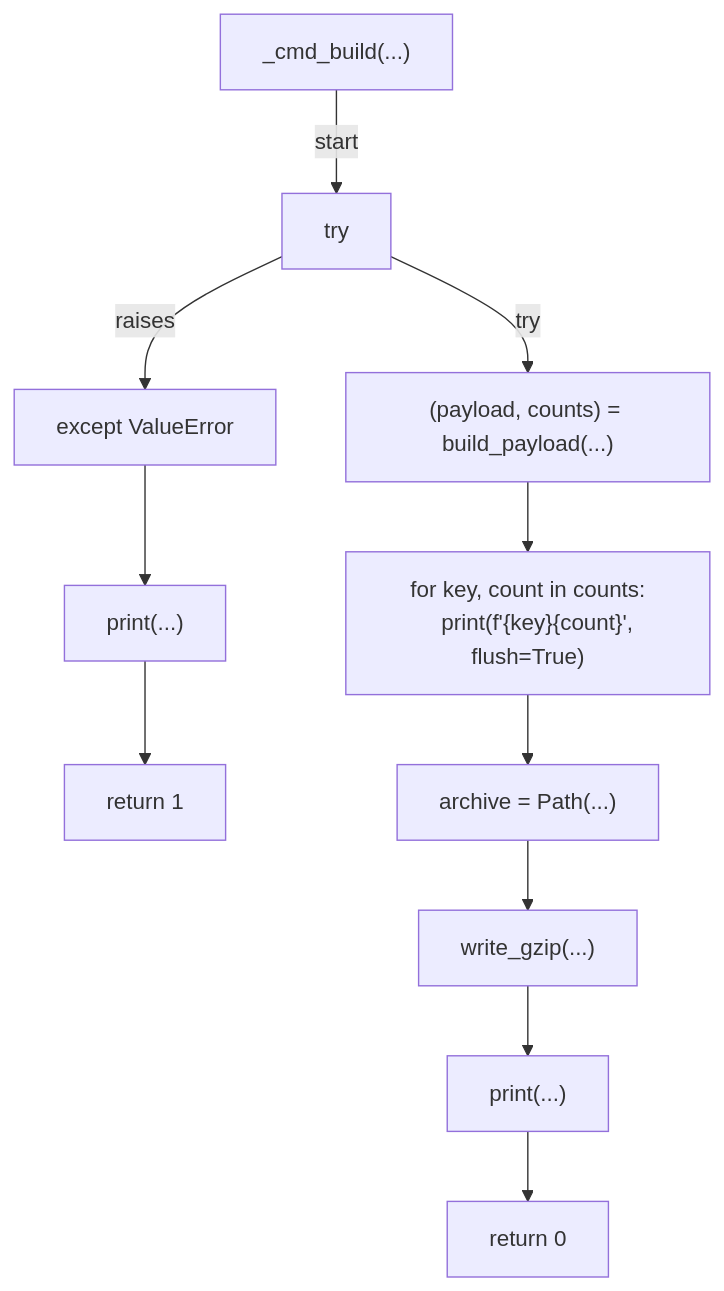
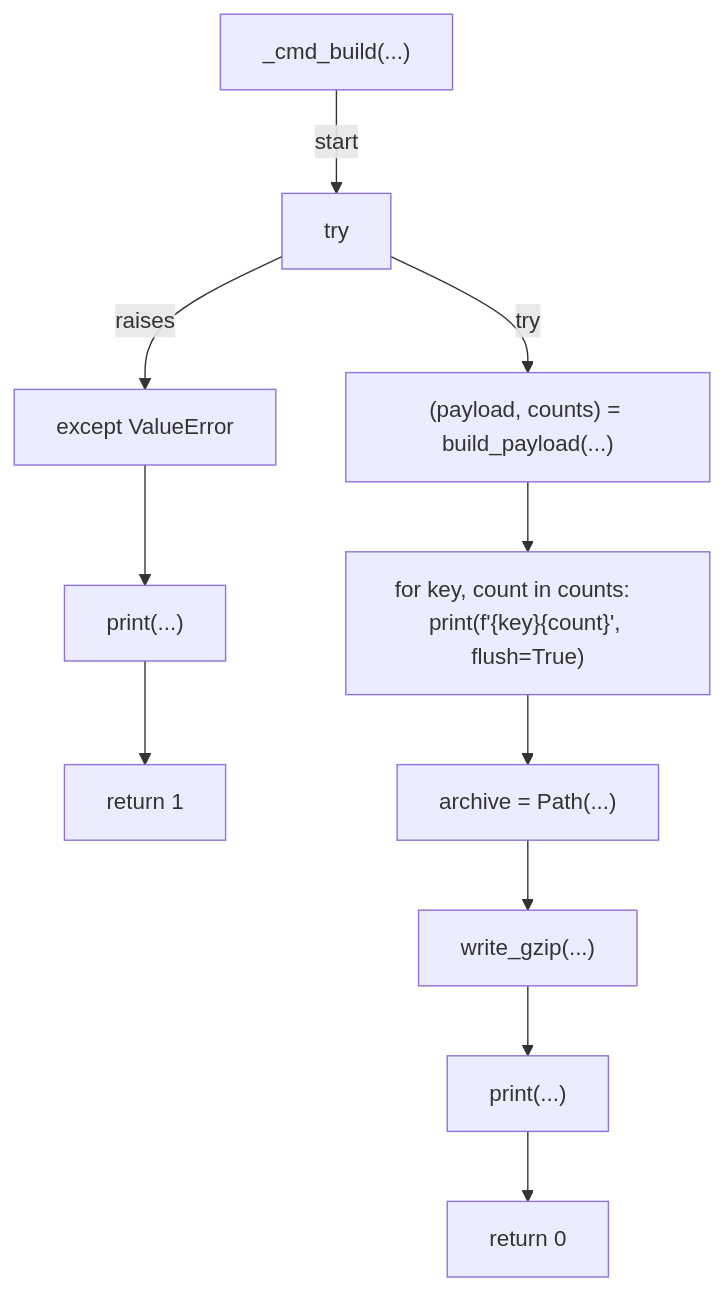
The third of 4 diagrams in docs/generated/scripts/ast/backup_archive.md (tvna/claude-md), drawn with Mermaid before and after one commit. The commit also changed other lines of this file and 20 other files, not shown here.

First line of the commit message:
docs(generated): regenerate decision tree and workflow diagrams (batch 1/5)

````diff
--- a/docs/generated/scripts/ast/backup_archive.md
+++ b/docs/generated/scripts/ast/backup_archive.md
@@ -47,25 +33,24 @@
 ```mermaid
 flowchart TD
     N001["_cmd_build(...)"]
     N002["try"]
     N003["(payload, counts) = build_payload(...)"]
     N004["except ValueError"]
     N005["print(...)"]
     N006["return 1"]
-    N007["for key, count in counts:
-    print(f'{key}<str>{count}<str>', flush=True)"]
+    N007["for key, count in counts:     print(f'{key}<str>{count}<str>', flush=True)"]
     N008["archive = Path(...)"]
     N009["write_gzip(...)"]
     N010["print(...)"]
     N011["return 0"]
     N001 -->|"start"| N002
     N002 -->|"try"| N003
     N002 -->|"raises"| N004
     N004 --> N005
     N005 --> N006
     N003 --> N007
     N007 --> N008
     N008 --> N009
     N009 --> N010
     N010 --> N011
 ```
````
